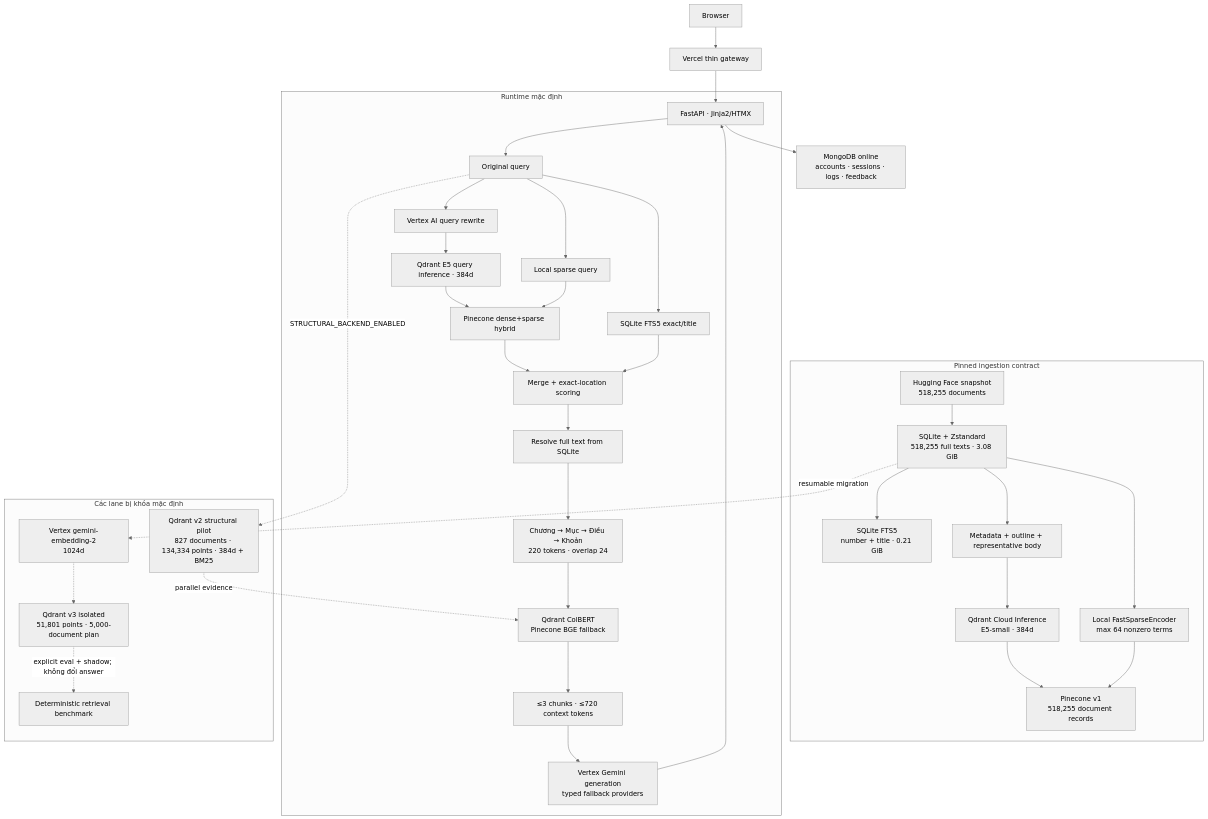
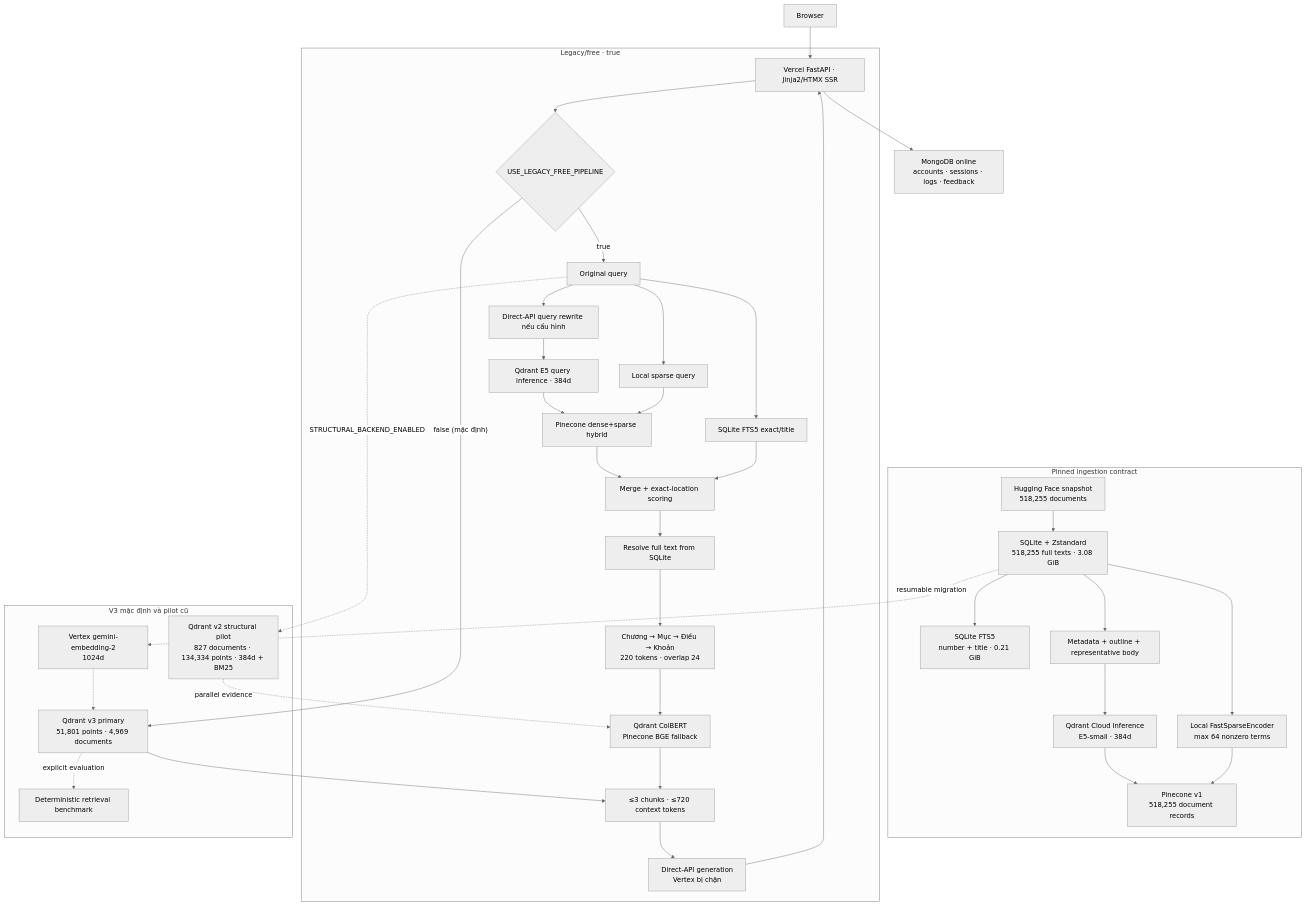
Before and after one commit to TanNguyen234/VietLex-Tech-Spec: the diagram in README.md, drawn with Mermaid (neutral theme). The commit also changed other lines of this file and 28 other files, not shown here.

Commit message:
docs: align architecture deployment and evaluation status

````diff
--- a/README.md
+++ b/README.md
@@ -61,42 +61,44 @@
 ```mermaid
 flowchart TB
-    User["Browser"] --> Gateway["Vercel thin gateway"]
-    Gateway --> Web["FastAPI · Jinja2/HTMX"]
+    User["Browser"] --> Web["Vercel FastAPI · Jinja2/HTMX SSR"]
     Web --> Mongo["MongoDB online<br/>accounts · sessions · logs · feedback"]
 
     subgraph Ingest["Pinned ingestion contract"]
         Corpus["Hugging Face snapshot<br/>518,255 documents"] --> Store["SQLite + Zstandard<br/>518,255 full texts · 3.08 GiB"]
         Store --> FTSBuild["SQLite FTS5<br/>number + title · 0.21 GiB"]
         Store --> DocRepresentation["Metadata + outline + representative body"]
         DocRepresentation --> E5Ingest["Qdrant Cloud Inference<br/>E5-small · 384d"]
         Store --> SparseIngest["Local FastSparseEncoder<br/>max 64 nonzero terms"]
         E5Ingest --> PCV1["Pinecone v1<br/>518,255 document records"]
         SparseIngest --> PCV1
     end
 
-    subgraph Runtime["Runtime mặc định"]
-        Web --> Query["Original query"]
-        Query --> Rewrite["Vertex AI query rewrite"]
+    Web --> Selector{"USE_LEGACY_FREE_PIPELINE"}
+    subgraph Runtime["Legacy/free · true"]
+        Selector -- "true" --> Query["Original query"]
+        Query --> Rewrite["Direct-API query rewrite nếu cấu hình"]
         Rewrite --> DenseQ["Qdrant E5 query inference · 384d"]
         Query --> SparseQ["Local sparse query"]
         Query --> FTS["SQLite FTS5 exact/title"]
         DenseQ --> Hybrid["Pinecone dense+sparse hybrid"]
         SparseQ --> Hybrid
         Hybrid --> Merge["Merge + exact-location scoring"]
         FTS --> Merge
         Merge --> Resolve["Resolve full text from SQLite"]
         Resolve --> Chunk["Chương → Mục → Điều → Khoản<br/>220 tokens · overlap 24"]
         Chunk --> Rerank["Qdrant ColBERT<br/>Pinecone BGE fallback"]
         Rerank --> Evidence["≤3 chunks · ≤720 context tokens"]
-        Evidence --> Generate["Vertex Gemini generation<br/>typed fallback providers"]
+        Evidence --> Generate["Direct-API generation<br/>Vertex bị chặn"]
         Generate --> Web
     end
 
-    subgraph Optional["Các lane bị khóa mặc định"]
+    subgraph Optional["V3 mặc định và pilot cũ"]
         Query -. "STRUCTURAL_BACKEND_ENABLED" .-> QV2["Qdrant v2 structural pilot<br/>827 documents · 134,334 points · 384d + BM25"]
         QV2 -. "parallel evidence" .-> Rerank
         Store -. "resumable migration" .-> Embed2["Vertex gemini-embedding-2<br/>1024d"]
-        Embed2 -.-> QV3["Qdrant v3 isolated<br/>51,801 points · 5,000-document plan"]
-        QV3 -. "explicit eval + shadow; không đổi answer" .-> Audit["Deterministic retrieval benchmark"]
+        Embed2 -.-> QV3["Qdrant v3 primary<br/>51,801 points · 4,969 documents"]
+        Selector -- "false (mặc định)" --> QV3
+        QV3 --> Evidence
+        QV3 -. "explicit evaluation" .-> Audit["Deterministic retrieval benchmark"]
     end
 ```
````
